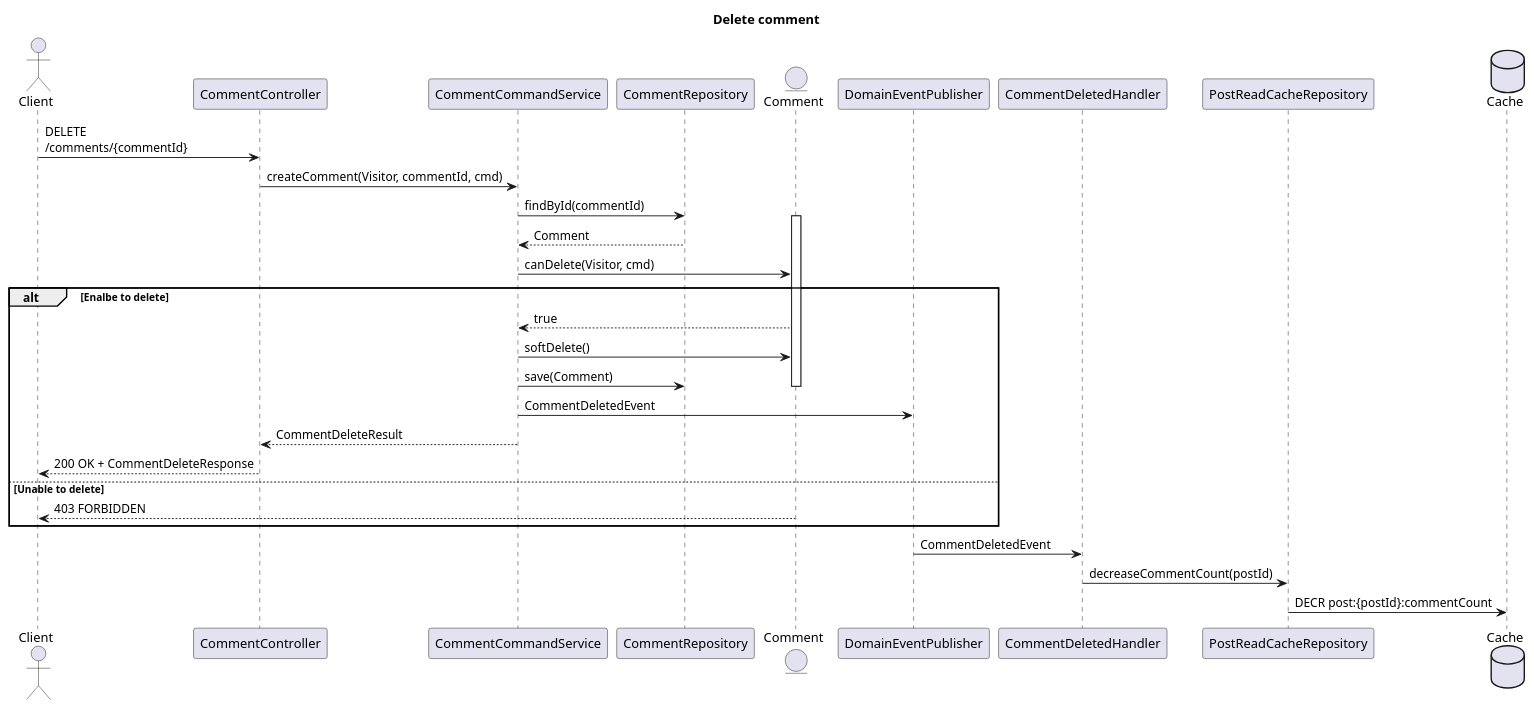
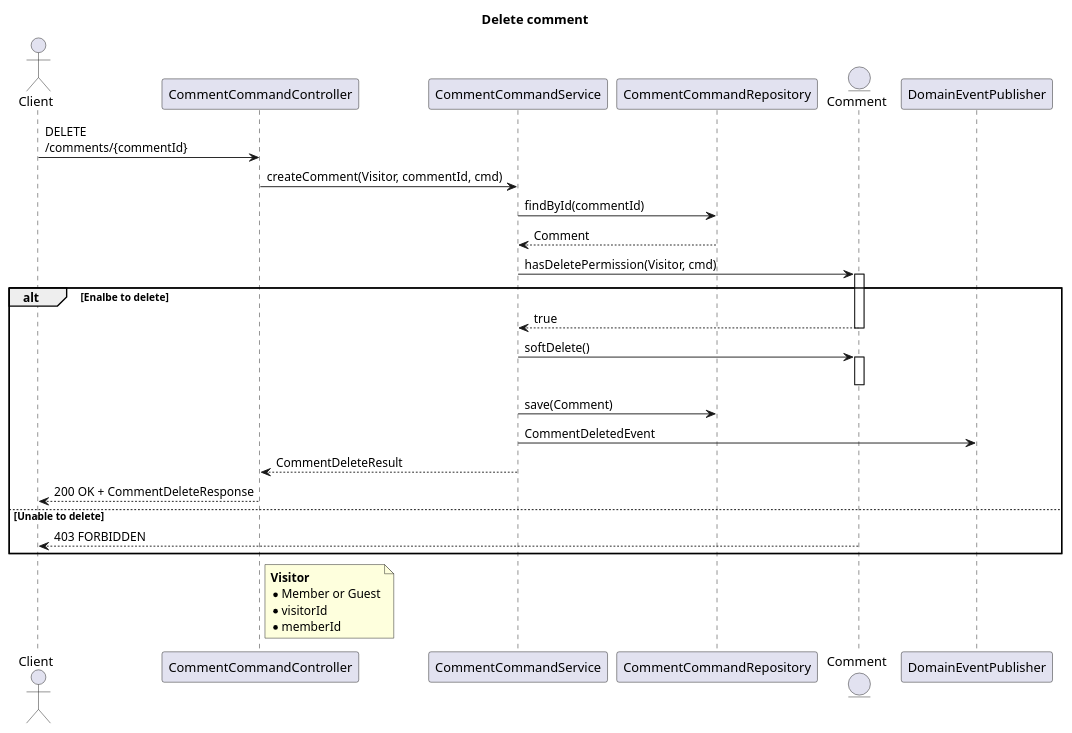
One commit to SimpleBoardTeam/simpleBoard-server changed the diagram in document/puml/event/externalAPI/boardContext/commentAggregate/deleteComment.puml. Above: the diagram before and after it, drawn with PlantUML. The commit also changed 2 other files, not shown here.

Commit message:
docs(diagram): Event Handling 시퀸스 제거 및 클래스 명 수정 - 이벤트 다이어그램 내부에서 EventHandling 시퀸스 제거 - CQRS가 미적용된 클래스 명 수정

```diff
--- a/document/puml/event/externalAPI/boardContext/commentAggregate/deleteComment.puml
+++ b/document/puml/event/externalAPI/boardContext/commentAggregate/deleteComment.puml
@@ -1,44 +1,47 @@
 @startuml deleteCommentSeq
 title Delete comment
 
 actor Client
-participant CommentController
+participant CommentCommandController
 participant CommentCommandService
-participant CommentRepository
+participant CommentCommandRepository
 entity      Comment
 participant DomainEventPublisher
-participant CommentDeletedHandler
-participant PostReadCacheRepository
-database Cache
 
-Client -> CommentController : DELETE\n/comments/{commentId}
+Client -> CommentCommandController : DELETE\n/comments/{commentId}
 '--- Controller
-CommentController -> CommentCommandService : createComment(Visitor, commentId, cmd)
+CommentCommandController -> CommentCommandService : createComment(Visitor, commentId, cmd)
 '--- Service
-CommentCommandService -> CommentRepository : findById(commentId)
+CommentCommandService -> CommentCommandRepository : findById(commentId)
 '--- Repository
+CommentCommandRepository --> CommentCommandService : Comment
+CommentCommandService -> Comment : hasDeletePermission(Visitor, cmd)
 activate Comment
-CommentRepository --> CommentCommandService : Comment
-CommentCommandService -> Comment : canDelete(Visitor, cmd)
 alt Enalbe to delete
 Comment --> CommentCommandService : true
-
+deactivate Comment
 CommentCommandService -> Comment : softDelete()
-CommentCommandService -> CommentRepository : save(Comment)
+activate Comment
 deactivate Comment
+CommentCommandService -> CommentCommandRepository : save(Comment)
 
 '--- Event
 CommentCommandService -> DomainEventPublisher : CommentDeletedEvent
 
 
-CommentCommandService --> CommentController : CommentDeleteResult
-CommentController --> Client :  200 OK + CommentDeleteResponse
+CommentCommandService --> CommentCommandController : CommentDeleteResult
+CommentCommandController --> Client :  200 OK + CommentDeleteResponse
 else Unable to delete
 Comment --> Client : 403 FORBIDDEN
 end
 
-DomainEventPublisher -> CommentDeletedHandler : CommentDeletedEvent
-CommentDeletedHandler -> PostReadCacheRepository : decreaseCommentCount(postId)
-PostReadCacheRepository -> Cache : DECR post:{postId}:commentCount
+note right of CommentCommandController
+<b>Visitor</b>
+* Member or Guest
+* visitorId
+* memberId
+end note
+
+'!include ../../../eventHandling/boardContext/postAggregate/CommentDeletedHandle.puml
 
 @enduml
```
